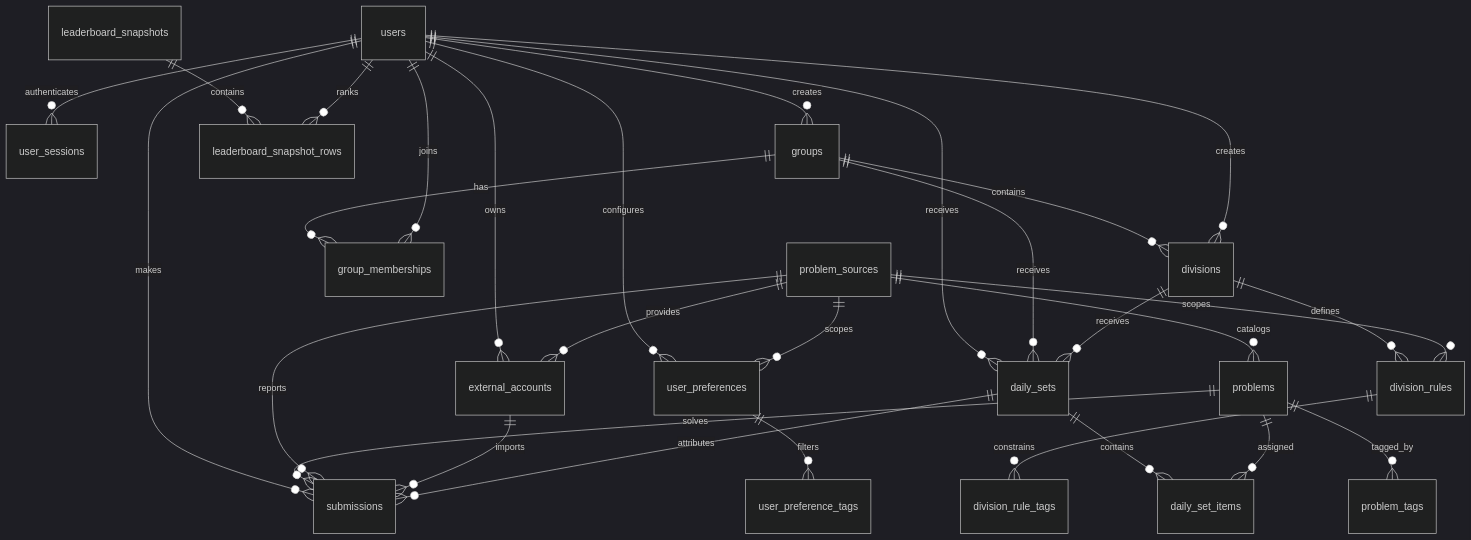
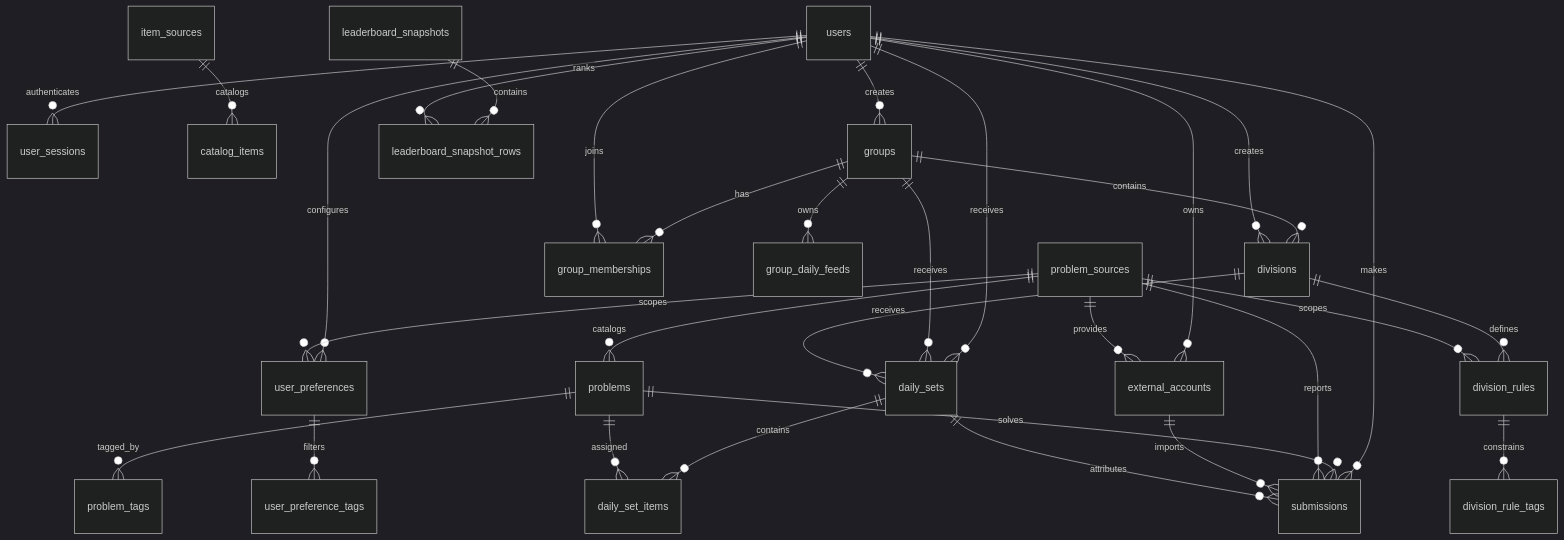
The diagram in docs/data-model.md (JTan2231/arcade), drawn with Mermaid (dark theme) before and after one commit. The commit also changed other lines of this file and 10 other files, not shown here.

````diff
--- a/docs/data-model.md
+++ b/docs/data-model.md
@@ -23,36 +23,38 @@
 ```mermaid
 erDiagram
     users ||--o{ user_sessions : authenticates
     users ||--o{ external_accounts : owns
     problem_sources ||--o{ external_accounts : provides
     problem_sources ||--o{ problems : catalogs
     problems ||--o{ problem_tags : tagged_by
+    item_sources ||--o{ catalog_items : catalogs
 
     users ||--o{ user_preferences : configures
     problem_sources ||--o{ user_preferences : scopes
     user_preferences ||--o{ user_preference_tags : filters
 
     users ||--o{ groups : creates
     groups ||--o{ group_memberships : has
+    groups ||--o{ group_daily_feeds : owns
     users ||--o{ group_memberships : joins
     groups ||--o{ divisions : contains
     users ||--o{ divisions : creates
     divisions ||--o{ division_rules : defines
     problem_sources ||--o{ division_rules : scopes
     division_rules ||--o{ division_rule_tags : constrains
 
     users ||--o{ daily_sets : receives
     groups ||--o{ daily_sets : receives
     divisions ||--o{ daily_sets : receives
     daily_sets ||--o{ daily_set_items : contains
     problems ||--o{ daily_set_items : assigned
 
     users ||--o{ submissions : makes
     problems ||--o{ submissions : solves
     problem_sources ||--o{ submissions : reports
     external_accounts ||--o{ submissions : imports
     daily_sets ||--o{ submissions : attributes
 
     leaderboard_snapshots ||--o{ leaderboard_snapshot_rows : contains
     users ||--o{ leaderboard_snapshot_rows : ranks
 ```
````
